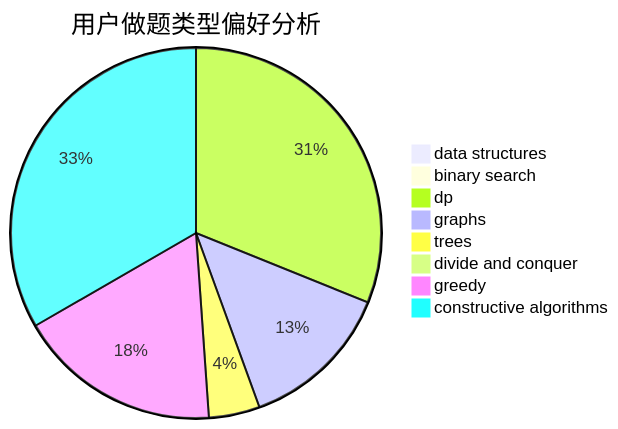
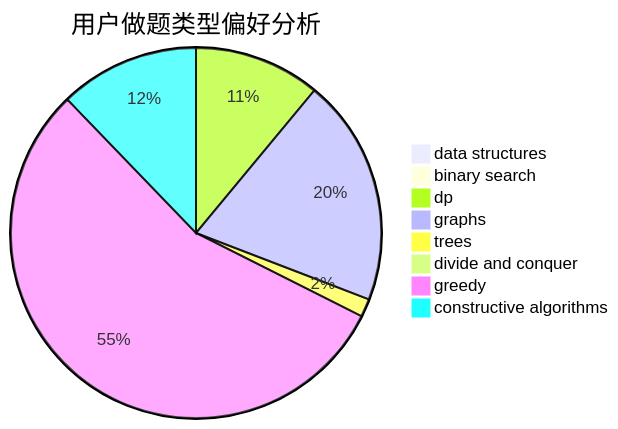
The second of 3 diagrams in docs/user/u1215.md (sherpahu/cfrs.github.io), drawn with Mermaid before and after one commit. The commit also changed other lines of this file and 2770 other files, not shown here.

````diff
--- a/docs/user/u1215.md
+++ b/docs/user/u1215.md
@@ -23,11 +23,11 @@
 ```mermaid
 pie title 用户做题类型偏好分析
-    "data structures" :  0
+    "data structures" :  1
     "binary search" :  0
-    "dp" :  14
-    "graphs" :  6
-    "trees" :  2
+    "dp" :  84
+    "graphs" :  151
+    "trees" :  12
     "divide and conquer" :  0
-    "greedy" :  8
-    "constructive algorithms" :  15
+    "greedy" :  422
+    "constructive algorithms" :  93
 ```
````
